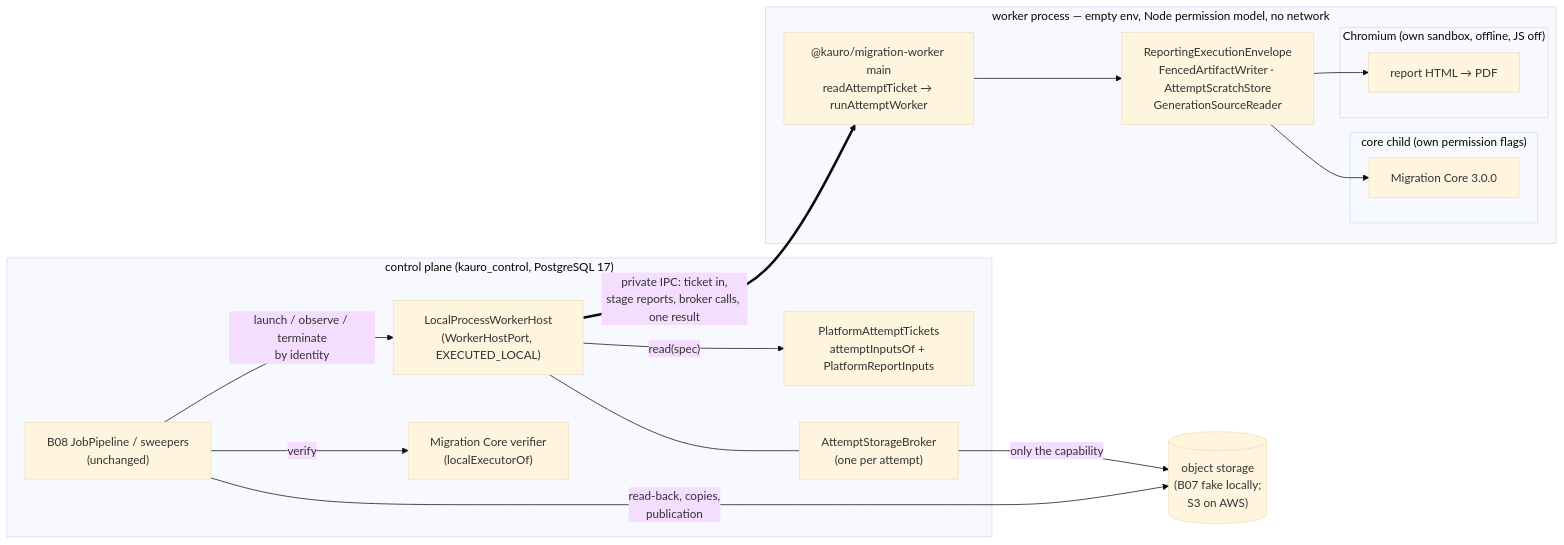
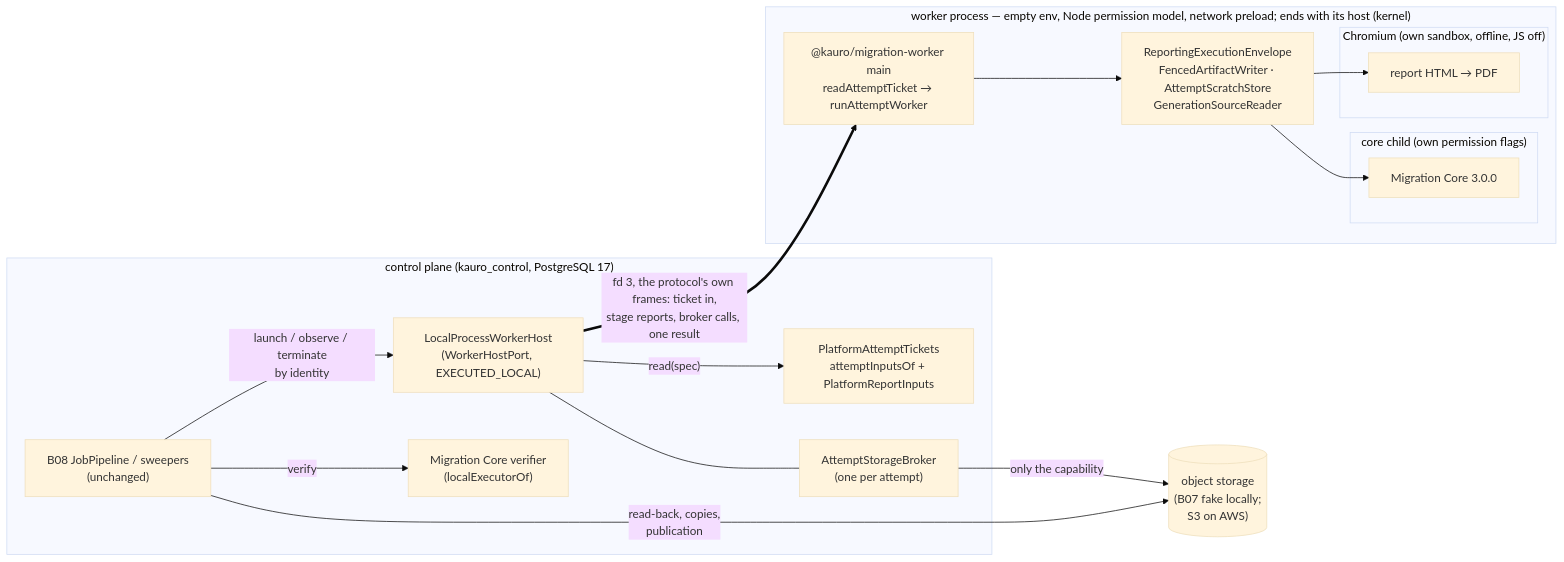
Before and after one commit to miguellopezndev-ui/kauro-platform: the diagram in docs/design/B14-A-worker-executor.md, drawn with Mermaid (base theme). The commit also changed other lines of this file and 23 other files, not shown here.

````diff
--- a/docs/design/B14-A-worker-executor.md
+++ b/docs/design/B14-A-worker-executor.md
@@ -25,30 +25,30 @@
 ```mermaid
 flowchart LR
   subgraph CP["control plane (kauro_control, PostgreSQL 17)"]
     PIPE["B08 JobPipeline / sweepers<br/>(unchanged)"]
     TICK["PlatformAttemptTickets<br/>attemptInputsOf + PlatformReportInputs"]
     HOST["LocalProcessWorkerHost<br/>(WorkerHostPort, EXECUTED_LOCAL)"]
     BRK["AttemptStorageBroker<br/>(one per attempt)"]
     VER["Migration Core verifier<br/>(localExecutorOf)"]
     PIPE -- "launch / observe / terminate<br/>by identity" --> HOST
     HOST -- "read(spec)" --> TICK
     HOST --- BRK
     PIPE -- verify --> VER
   end
   STORE[("object storage<br/>(B07 fake locally;<br/>S3 on AWS)")]
   BRK -- "only the capability" --> STORE
   PIPE -- "read-back, copies,<br/>publication" --> STORE
-  subgraph W["worker process — empty env, Node permission model, no network"]
+  subgraph W["worker process — empty env, Node permission model, network preload; ends with its host (kernel)"]
     MAIN["@kauro/migration-worker main<br/>readAttemptTicket → runAttemptWorker"]
     ENV["ReportingExecutionEnvelope<br/>FencedArtifactWriter · AttemptScratchStore<br/>GenerationSourceReader"]
     subgraph CC["core child (own permission flags)"]
       MC["Migration Core 3.0.0"]
     end
     subgraph BR["Chromium (own sandbox, offline, JS off)"]
       PDF["report HTML → PDF"]
     end
     MAIN --> ENV --> MC
     ENV --> PDF
   end
-  HOST == "private IPC: ticket in,<br/>stage reports, broker calls, one result" ==> MAIN
+  HOST == "fd 3, the protocol's own frames: ticket in,<br/>stage reports, broker calls, one result" ==> MAIN
 ```
````
